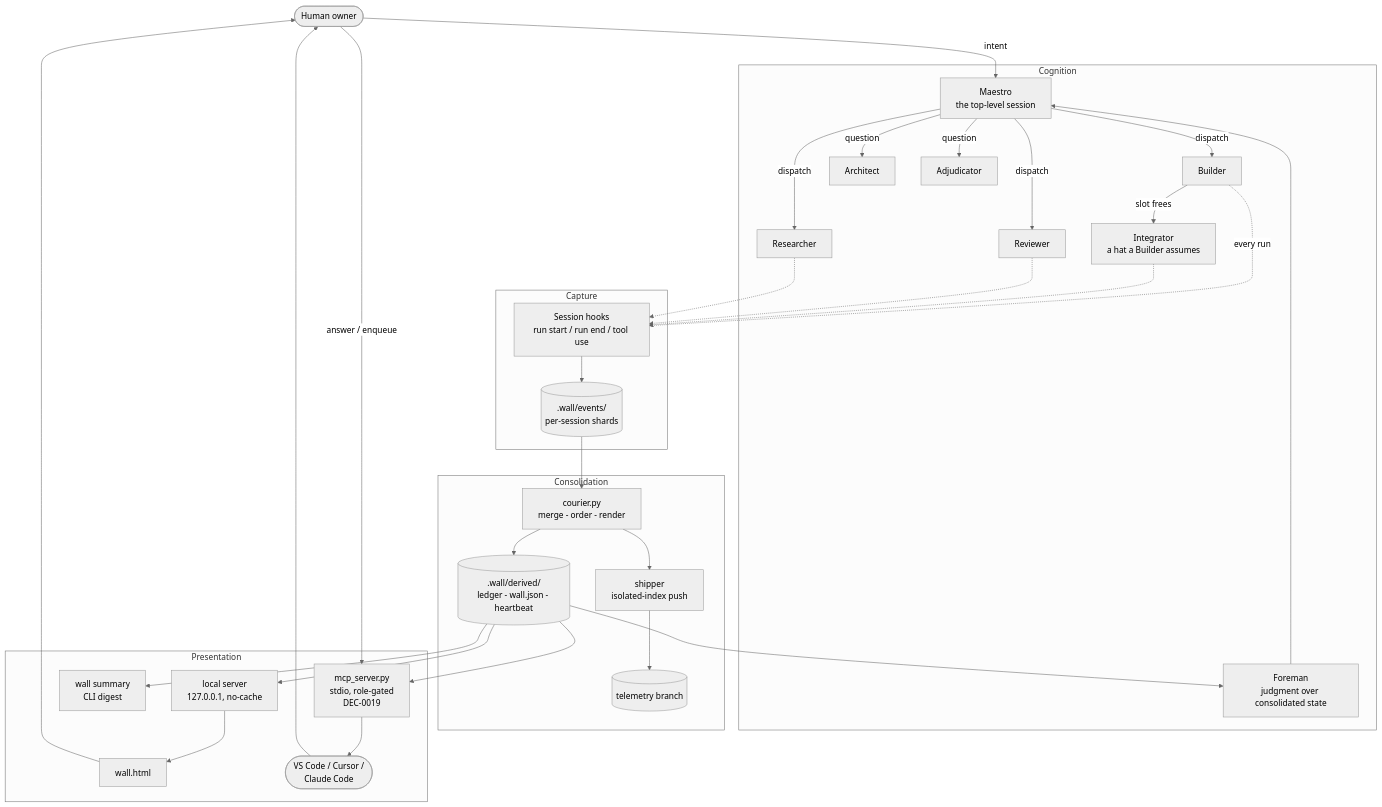
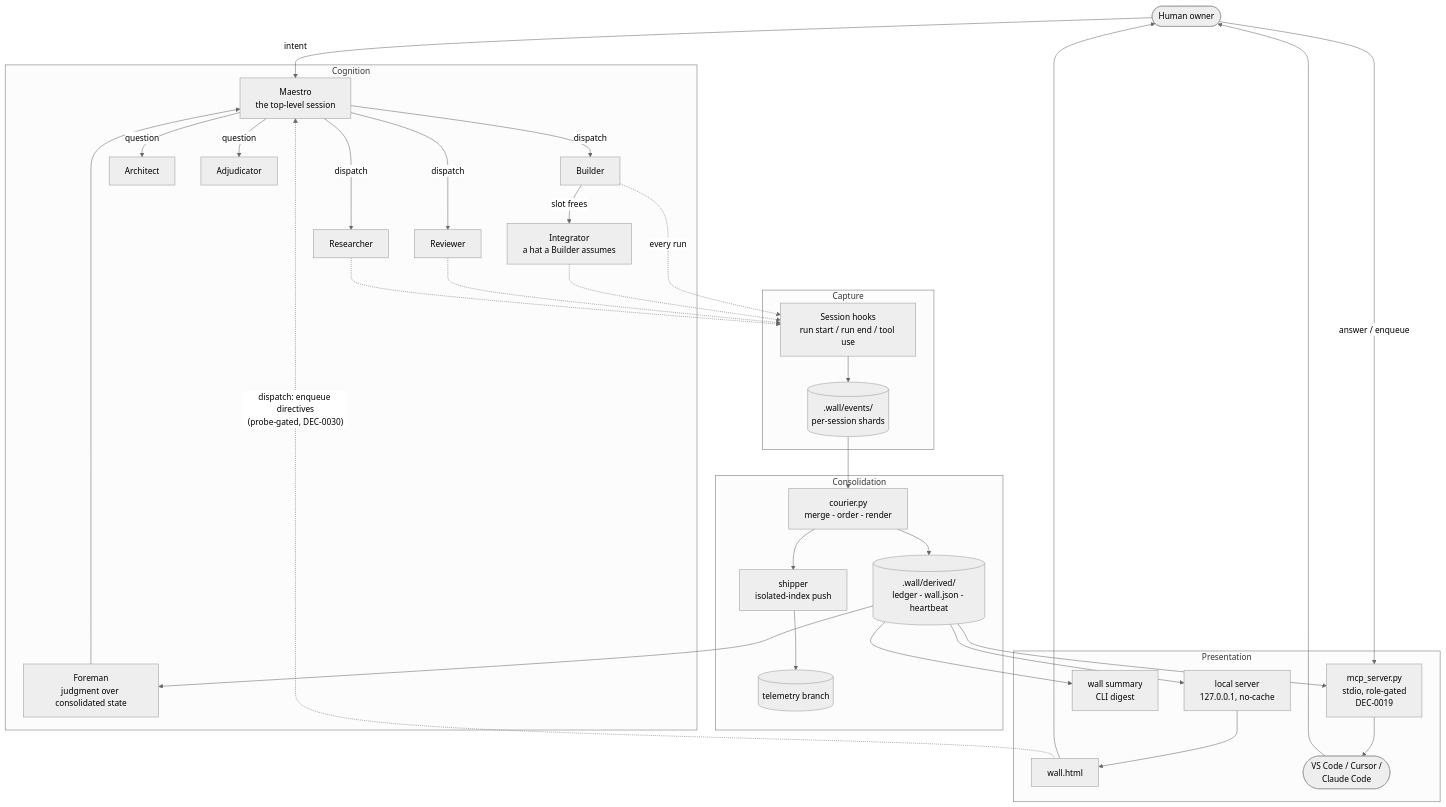
The first of 3 diagrams in docs/diagrams/ARCHITECTURE.md (newellnarco/EngTeam-Wallkit-BluePrint), drawn with Mermaid (neutral theme) before and after one commit. The commit also changed other lines of this file and 12 other files, not shown here.

````diff
--- a/docs/diagrams/ARCHITECTURE.md
+++ b/docs/diagrams/ARCHITECTURE.md
@@ -21,62 +21,63 @@
 ```mermaid
 flowchart TB
     Human([Human owner])
 
     subgraph Cognition
         Maestro[Maestro<br/>the top-level session]
         Builder[Builder]
         Integrator[Integrator<br/>a hat a Builder assumes]
         Reviewer[Reviewer]
         Researcher[Researcher]
         Architect[Architect]
         Adjudicator[Adjudicator]
         Foreman[Foreman<br/>judgment over consolidated state]
     end
 
     subgraph Capture
         Hooks[Session hooks<br/>run start / run end / tool use]
         Shards[(.wall/events/<br/>per-session shards)]
     end
 
     subgraph Consolidation
         Courier[courier.py<br/>merge - order - render]
         Shipper[shipper<br/>isolated-index push]
         Derived[(.wall/derived/<br/>ledger - wall.json - heartbeat)]
         Branch[(telemetry branch)]
     end
 
     subgraph Presentation
         Server[local server<br/>127.0.0.1, no-cache]
         Wall[wall.html]
         Summary[wall summary<br/>CLI digest]
         MCP[mcp_server.py<br/>stdio, role-gated<br/>DEC-0019]
         Editors([VS Code / Cursor /<br/>Claude Code])
     end
 
     Human -->|intent| Maestro
     Maestro -->|dispatch| Builder
     Maestro -->|dispatch| Reviewer
     Maestro -->|dispatch| Researcher
     Maestro -->|question| Architect
     Maestro -->|question| Adjudicator
     Builder -->|slot frees| Integrator
     Builder -.->|every run| Hooks
     Integrator -.-> Hooks
     Reviewer -.-> Hooks
     Researcher -.-> Hooks
     Hooks --> Shards
     Shards --> Courier
     Courier --> Derived
     Courier --> Shipper
     Shipper --> Branch
     Derived --> Server
     Server --> Wall
     Wall --> Human
     Derived --> Summary
     Derived --> MCP
     MCP --> Editors
     Editors --> Human
     Human -->|answer / enqueue| MCP
+    Wall -.->|"dispatch: enqueue directives<br/>(probe-gated, DEC-0030)"| Maestro
     Derived --> Foreman
     Foreman --> Maestro
 ```
````
